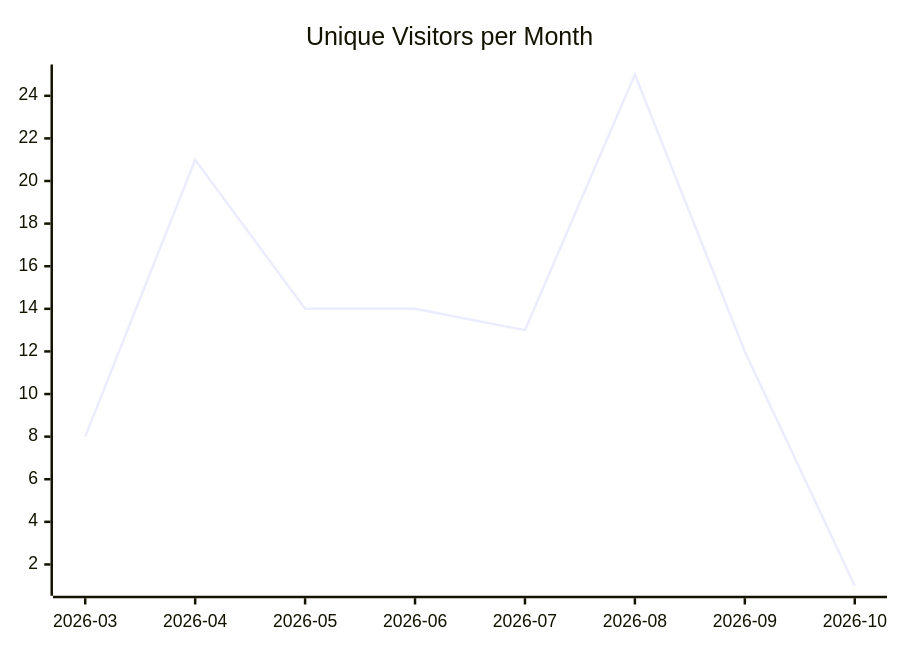
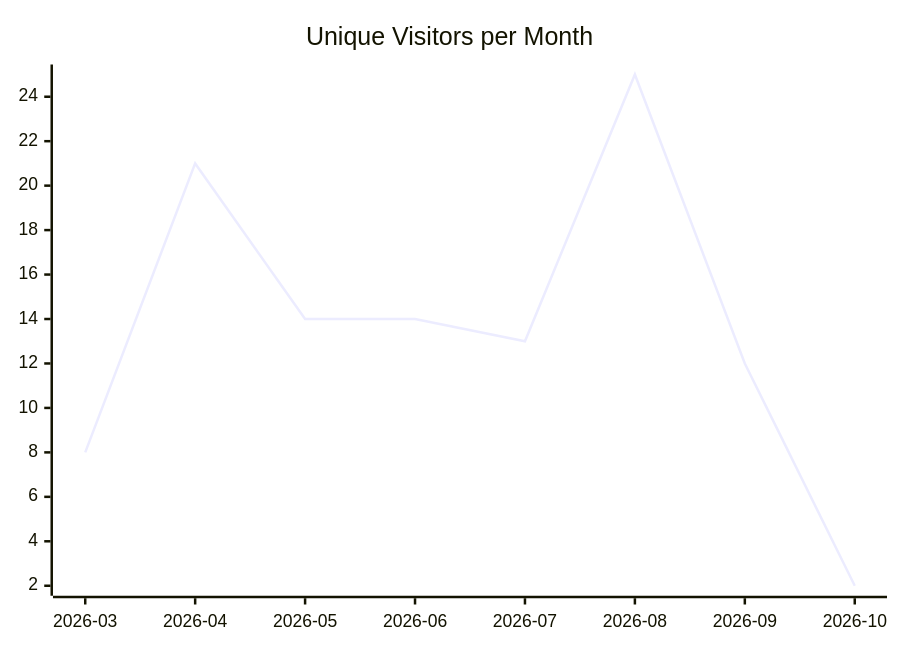
Before and after one commit to justdavis-family/github-analytics-data: the first of 3 diagrams in karlmdavis/ksoap2-android/README.md, drawn with Mermaid. The commit also changed other lines of this file and 200 other files, not shown here.

````diff
--- a/karlmdavis/ksoap2-android/README.md
+++ b/karlmdavis/ksoap2-android/README.md
@@ -5,6 +5,6 @@
 ```mermaid
 xychart-beta
   title "Unique Visitors per Month"
   x-axis ["2026-03", "2026-04", "2026-05", "2026-06", "2026-07", "2026-08", "2026-09", "2026-10"]
-  line [8, 21, 14, 14, 13, 25, 12, 1]
+  line [8, 21, 14, 14, 13, 25, 12, 2]
 ```
````
